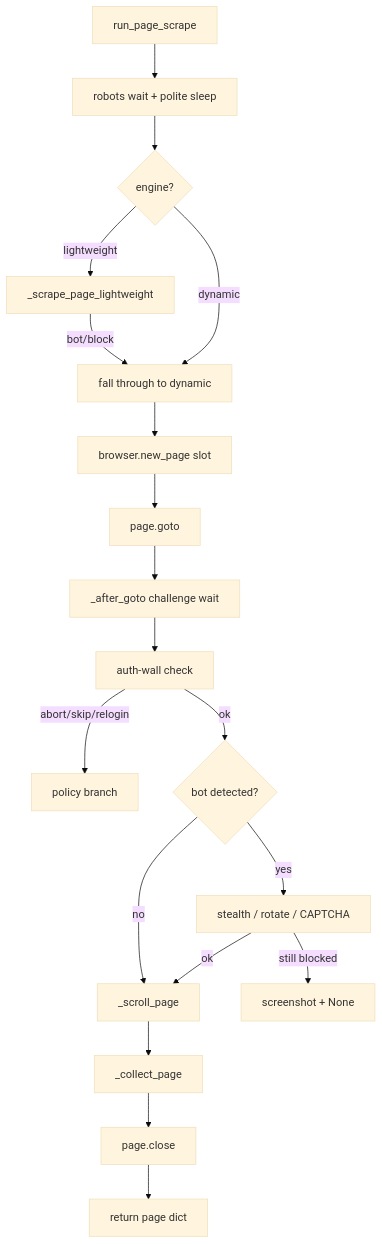
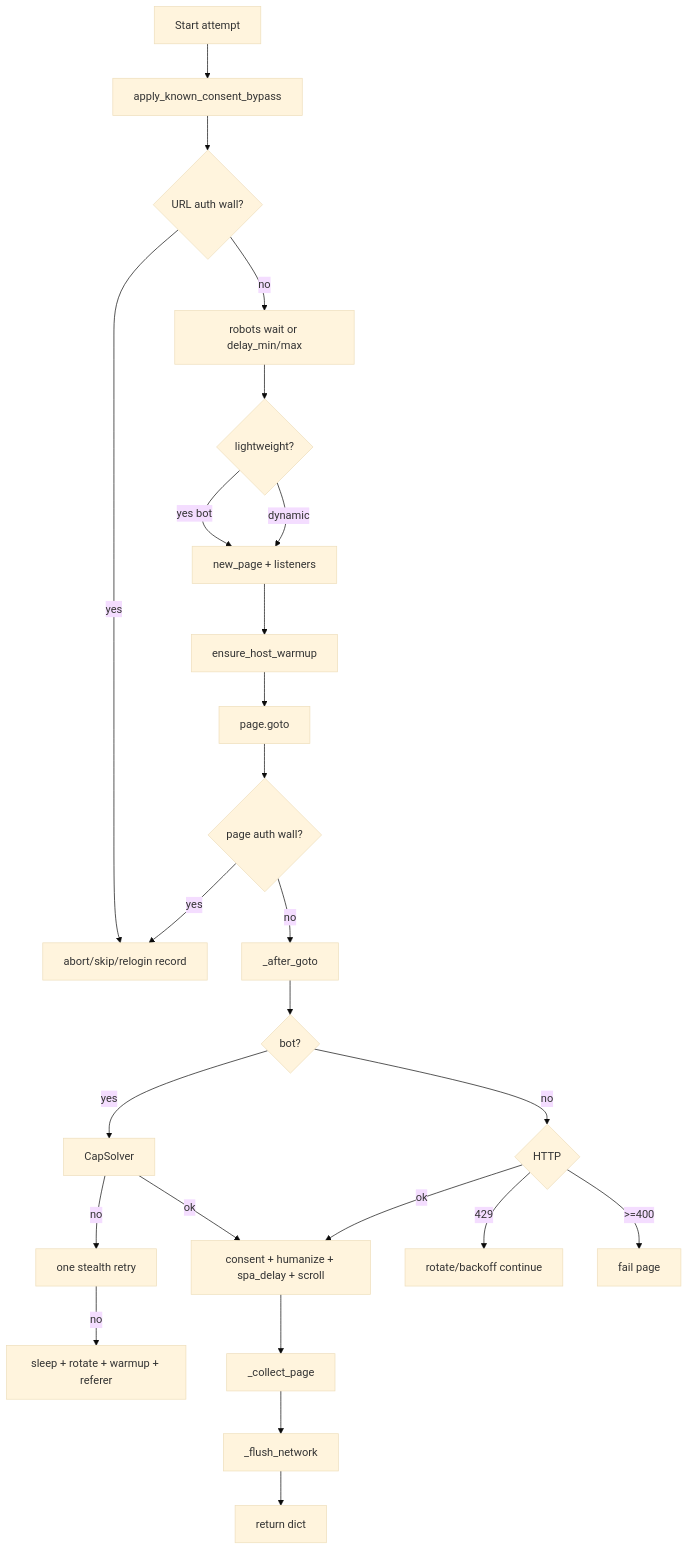
The third of 3 diagrams in docs/architecture/CRAWL.md (Shellghostt/WebVac), drawn with Mermaid (base theme) before and after one commit. The commit also changed other lines of this file and 8 other files, not shown here.

First line of the commit message:
Document subsystem architecture deep dives

````diff
--- a/docs/architecture/CRAWL.md
+++ b/docs/architecture/CRAWL.md
@@ -67,21 +87,27 @@
 ```mermaid
 flowchart TD
-  Start[run_page_scrape] --> Delay[robots wait + polite sleep]
-  Delay --> Engine{engine?}
-  Engine -->|lightweight| LW[_scrape_page_lightweight]
-  LW -->|bot/block| Dyn[fall through to dynamic]
-  Engine -->|dynamic| Dyn
-  Dyn --> Page[browser.new_page slot]
-  Page --> Goto[page.goto]
-  Goto --> After[_after_goto challenge wait]
-  After --> AuthW[auth-wall check]
-  AuthW -->|abort/skip/relogin| AuthOut[policy branch]
-  AuthW -->|ok| Bot{bot detected?}
-  Bot -->|yes| Evade[stealth / rotate / CAPTCHA]
-  Bot -->|no| Scroll[_scroll_page]
-  Evade -->|still blocked| Fail[screenshot + None]
-  Evade -->|ok| Scroll
-  Scroll --> Collect[_collect_page]
-  Collect --> Close[page.close]
-  Close --> Ret[return page dict]
+  S[Start attempt] --> ConsentURL[apply_known_consent_bypass]
+  ConsentURL --> PreWall{URL auth wall?}
+  PreWall -->|yes| Policy[abort/skip/relogin record]
+  PreWall -->|no| Delay[robots wait or delay_min/max]
+  Delay --> Eng{lightweight?}
+  Eng -->|yes bot| Dyn
+  Eng -->|dynamic| Dyn[new_page + listeners]
+  Dyn --> Warm[ensure_host_warmup]
+  Warm --> Goto[page.goto]
+  Goto --> LiveWall{page auth wall?}
+  LiveWall -->|yes| Policy
+  LiveWall -->|no| After[_after_goto]
+  After --> Bot{bot?}
+  Bot -->|yes| Cap[CapSolver]
+  Cap -->|ok| Happy
+  Cap -->|no| Stealth[one stealth retry]
+  Stealth -->|no| Evade[sleep + rotate + warmup + referer]
+  Bot -->|no| Status{HTTP}
+  Status -->|429| Rot[rotate/backoff continue]
+  Status -->|>=400| Fail[fail page]
+  Status -->|ok| Happy[consent + humanize + spa_delay + scroll]
+  Happy --> Collect[_collect_page]
+  Collect --> Flush[_flush_network]
+  Flush --> Done[return dict]
 ```
````
